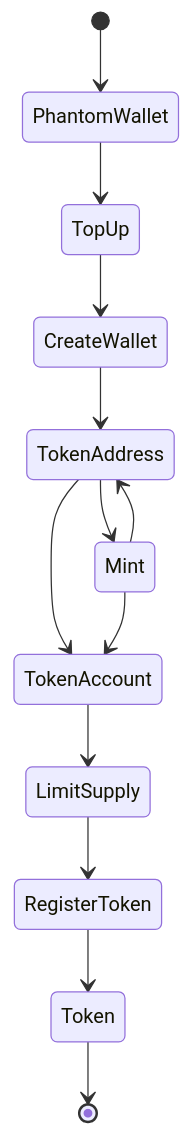
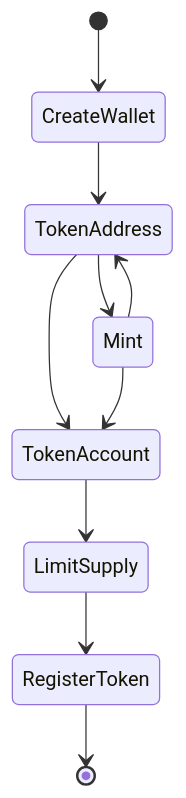
One commit to segraef/graef.io changed the diagram in create-your-own-cryptocurrency-token/index.md. Above: the diagram before and after it, drawn with Mermaid. The commit also changed other lines of this file and 35 other files, not shown here.

```diff
--- a/create-your-own-cryptocurrency-token/index.md
+++ b/create-your-own-cryptocurrency-token/index.md
@@ -36,15 +36,12 @@
 {{< mermaid >}}
 stateDiagram
-    [*] --> PhantomWallet
-    PhantomWallet --> TopUp
-    TopUp --> CreateWallet
+    [*] --> CreateWallet
     CreateWallet --> TokenAddress
     TokenAddress --> TokenAccount
     TokenAddress --> Mint
     Mint --> TokenAccount
     Mint --> TokenAddress
     TokenAccount --> LimitSupply
     LimitSupply --> RegisterToken
-    RegisterToken --> Token
-    Token --> [*]
+    RegisterToken --> [*]
 {{< /mermaid >}}
```
